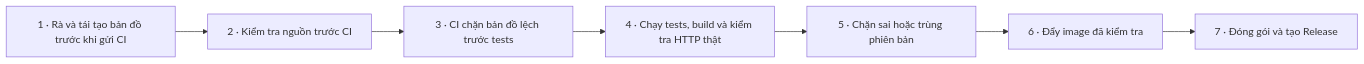
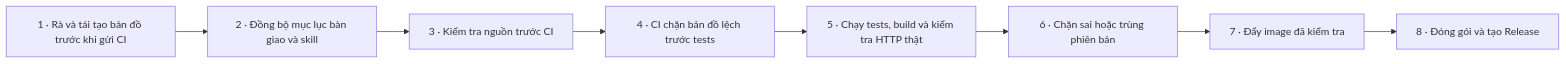
One commit to Thequancute215-sys/cun-zoom changed the third of 11 diagrams in docs/WORKFLOW.md. Above: the diagram before and after it, drawn with Mermaid. The commit also changed other lines of this file and 10 other files, not shown here.

````diff
--- a/docs/WORKFLOW.md
+++ b/docs/WORKFLOW.md
@@ -68,16 +68,18 @@
 ```mermaid
 flowchart LR
   s1["1 · Rà và tái tạo bản đồ trước khi gửi CI"]
-  s2["2 · Kiểm tra nguồn trước CI"]
+  s2["2 · Đồng bộ mục lục bàn giao và skill"]
   s1 --> s2
-  s3["3 · CI chặn bản đồ lệch trước tests"]
+  s3["3 · Kiểm tra nguồn trước CI"]
   s2 --> s3
-  s4["4 · Chạy tests, build và kiểm tra HTTP thật"]
+  s4["4 · CI chặn bản đồ lệch trước tests"]
   s3 --> s4
-  s5["5 · Chặn sai hoặc trùng phiên bản"]
+  s5["5 · Chạy tests, build và kiểm tra HTTP thật"]
   s4 --> s5
-  s6["6 · Đẩy image đã kiểm tra"]
+  s6["6 · Chặn sai hoặc trùng phiên bản"]
   s5 --> s6
-  s7["7 · Đóng gói và tạo Release"]
+  s7["7 · Đẩy image đã kiểm tra"]
   s6 --> s7
+  s8["8 · Đóng gói và tạo Release"]
+  s7 --> s8
 ```
````
